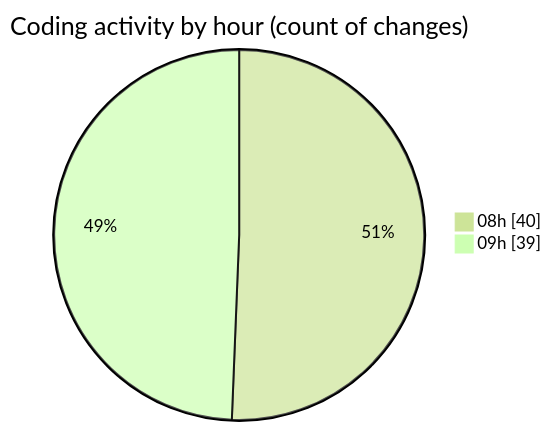
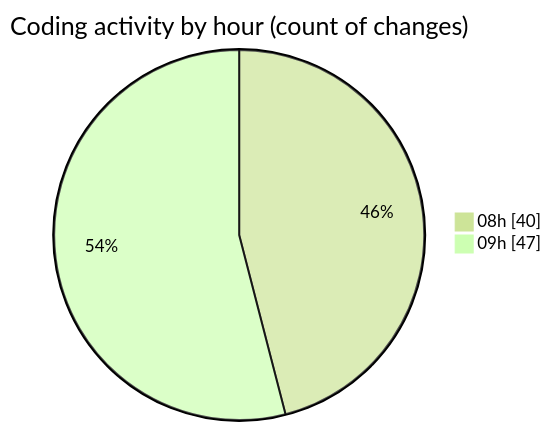
Before and after one commit to robertbonfada/code-tracking: the second of 2 diagrams in 2025-01-27/mbc-web/README.md, drawn with Mermaid (forest theme). The commit also changed other lines of this file and 1 other file, not shown here.

````diff
--- a/2025-01-27/mbc-web/README.md
+++ b/2025-01-27/mbc-web/README.md
@@ -44,6 +44,6 @@
 ```mermaid
 pie showData
 title Coding activity by hour (count of changes)
 "08h" : 40
-"09h" : 39
+"09h" : 47
 ```
````
